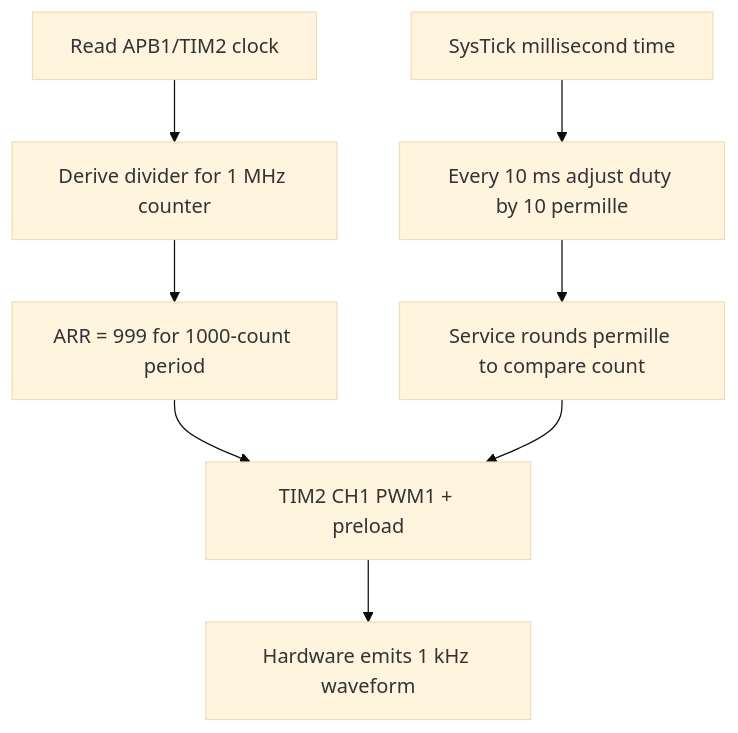
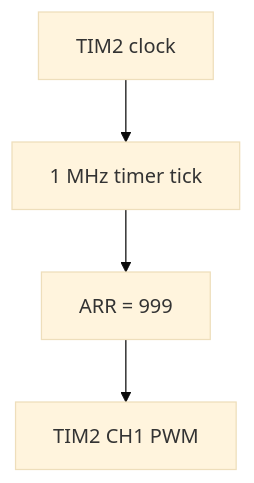
Before and after one commit to haikevins/stm32f1-spl-procedural-baremetal: the first of 2 diagrams in 05-timer-pwm/README.md, drawn with Mermaid (base theme). The commit also changed other lines of this file and 24 other files, not shown here.

````diff
--- a/05-timer-pwm/README.md
+++ b/05-timer-pwm/README.md
@@ -68,10 +70,6 @@
 ```mermaid
-flowchart TD
-    CLK["Read APB1/TIM2 clock"] --> PSC["Derive divider for 1 MHz counter"]
-    PSC --> ARR["ARR = 999 for 1000-count period"]
-    ARR --> PWM["TIM2 CH1 PWM1 + preload"]
-    PWM --> HW["Hardware emits 1 kHz waveform"]
-    TICK["SysTick millisecond time"] --> APP["Every 10 ms adjust duty by 10 permille"]
-    APP --> CCR["Service rounds permille to compare count"]
-    CCR --> PWM
+flowchart TB
+    CLOCK["TIM2 clock"] --> TICK["1 MHz timer tick"]
+    TICK --> PERIOD["ARR = 999"]
+    PERIOD --> PWM["TIM2 CH1 PWM"]
 ```
````
